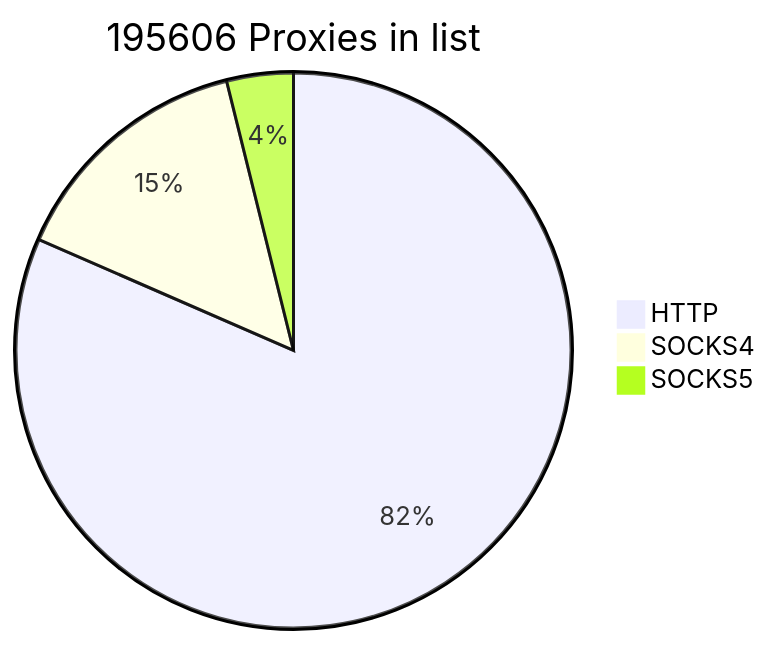
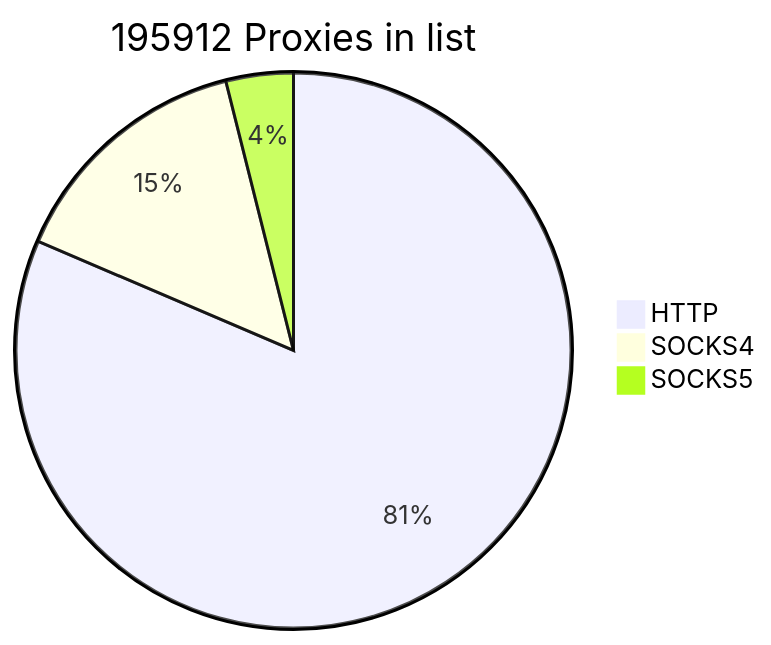
One commit to cutipu/proxylist changed the first of 2 diagrams in README.md. Above: the diagram before and after it, drawn with Mermaid. The commit also changed other lines of this file, not shown here.

````diff
--- a/README.md
+++ b/README.md
@@ -2,7 +2,7 @@
 ```mermaid
-pie title 195606 Proxies in list
-    "HTTP" : 159503
-    "SOCKS4" : 28523
-    "SOCKS5" : 7580
+pie title 195912 Proxies in list
+    "HTTP" : 159537
+    "SOCKS4" : 28700
+    "SOCKS5" : 7675
             
 ```
````
